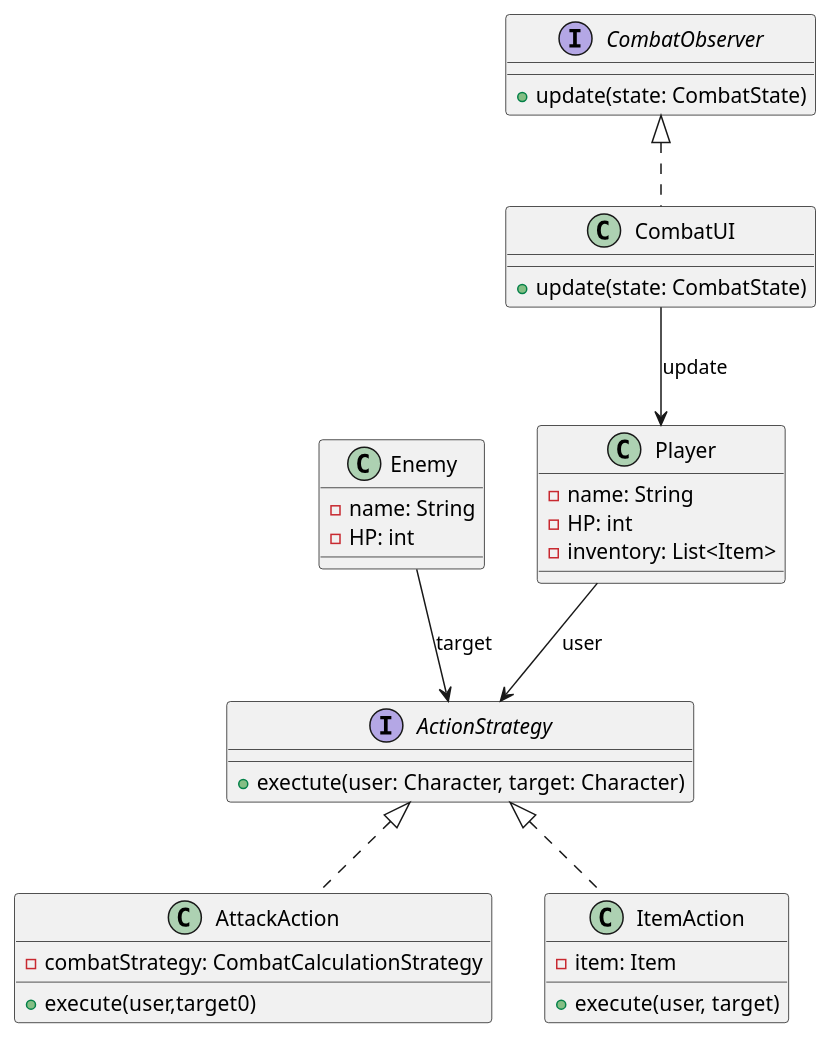
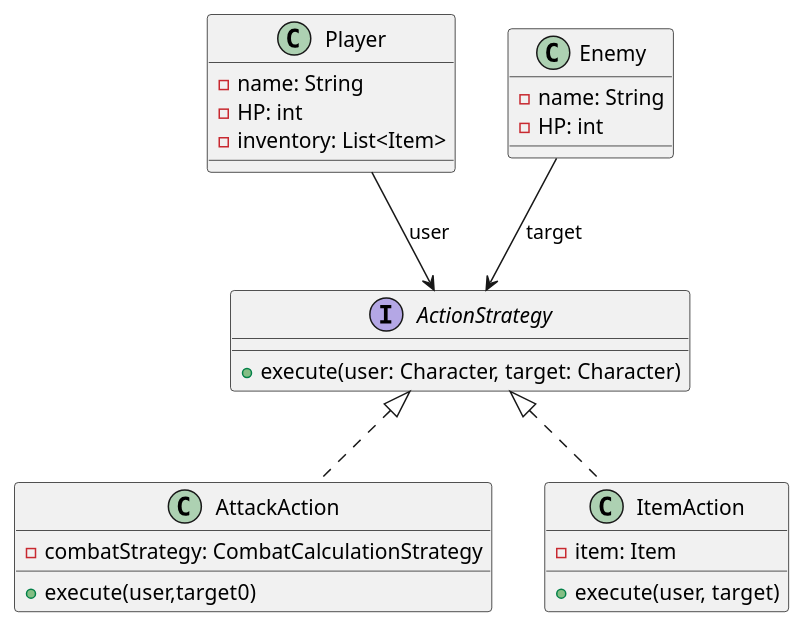
Before and after one commit to samMM-cs/iss-team2: the diagram in Combat_System.puml, drawn with PlantUML. The commit also changed 2 other files, not shown here.

Commit message:
added new user stories design patterns

```diff
--- a/Combat_System.puml
+++ b/Combat_System.puml
@@ -1,46 +1,30 @@
 @startuml Combat_System Strategy + Observer
 
 class Player{
     - name: String
     - HP: int
     - inventory: List<Item>
 }
 
 class Enemy{
-    -name: String
+    - name: String
     - HP: int
 }
 
 interface ActionStrategy{
-    + exectute(user: Character, target: Character)
+    + execute(user: Character, target: Character)
 }
 
 class AttackAction implements ActionStrategy{
     - combatStrategy: CombatCalculationStrategy
     + execute(user,target0)
 }
 
 class ItemAction implements ActionStrategy{
     - item: Item
     + execute(user, target)
 }
 
-'interface CombatCalculationStrategy{
-    '+ calculateDamage(attacker: Character, defender: Character): int
-    '+ applyEffects(attacker: Character, defender: Character)
-'}
-
-interface CombatObserver{
-    + update(state: CombatState)
-}
-
-class CombatUI implements CombatObserver{
-    +update(state: CombatState)
-}
-
 Player --> ActionStrategy : user
 Enemy-->ActionStrategy : target
-CombatUI-->Player: update
-
-
 @enduml
```
